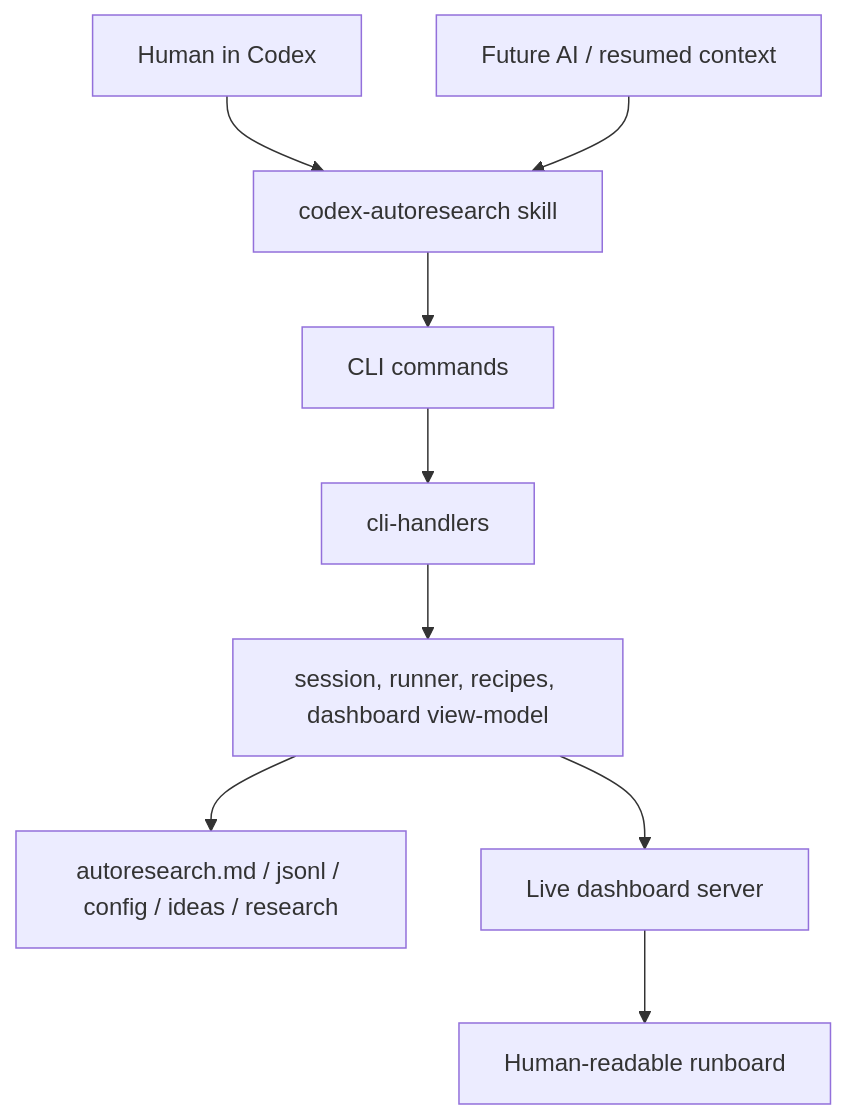
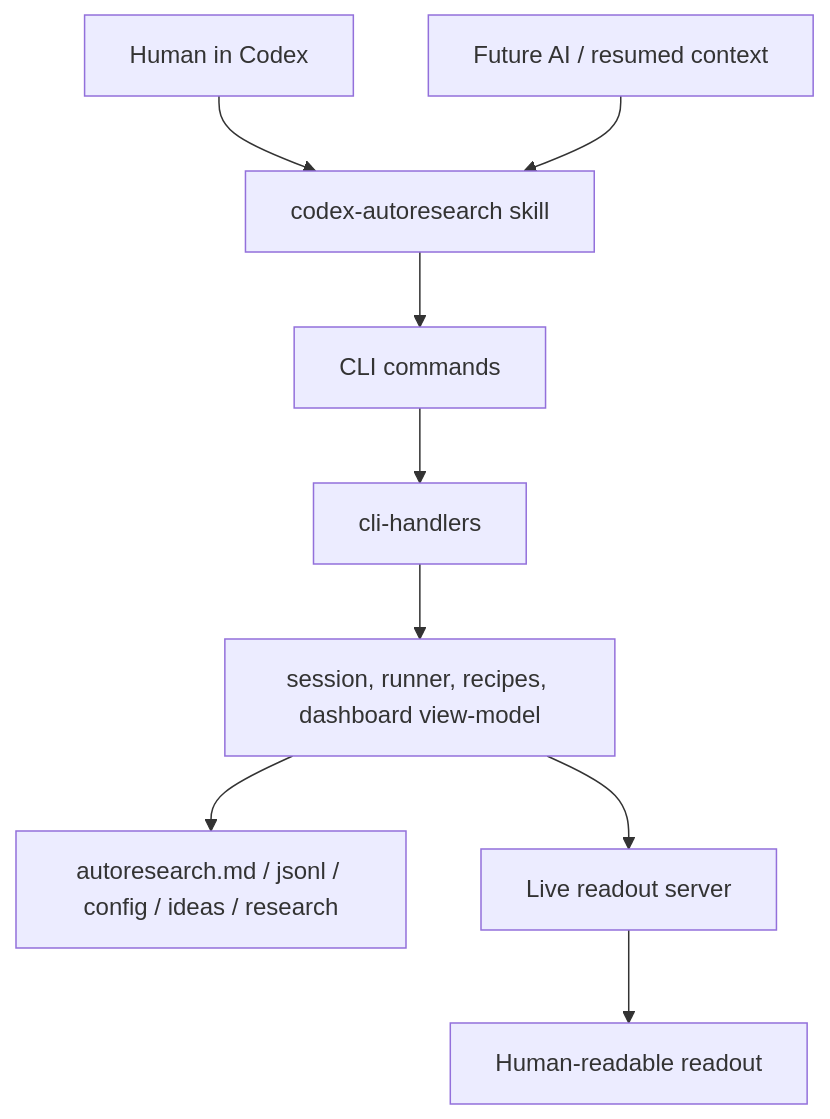
The first of 5 diagrams in plugins/codex-autoresearch/docs/architecture.md (TheGreenCedar/codex-autoresearch), drawn with Mermaid before and after one commit. The commit also changed other lines of this file and 49 other files, not shown here.

````diff
--- a/plugins/codex-autoresearch/docs/architecture.md
+++ b/plugins/codex-autoresearch/docs/architecture.md
@@ -7,11 +7,11 @@
 ```mermaid
 flowchart TD
   U["Human in Codex"] --> S["codex-autoresearch skill"]
   A["Future AI / resumed context"] --> S
   S --> CLI["CLI commands"]
   CLI --> H["cli-handlers"]
   H --> Core["session, runner, recipes, dashboard view-model"]
   Core --> Files["autoresearch.md / jsonl / config / ideas / research"]
-  Core --> Dash["Live dashboard server"]
-  Dash --> Browser["Human-readable runboard"]
+  Core --> Dash["Live readout server"]
+  Dash --> Browser["Human-readable readout"]
 ```
````
